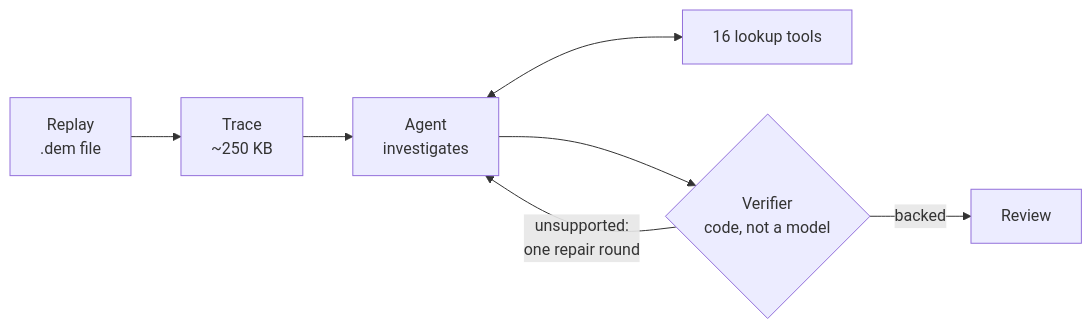
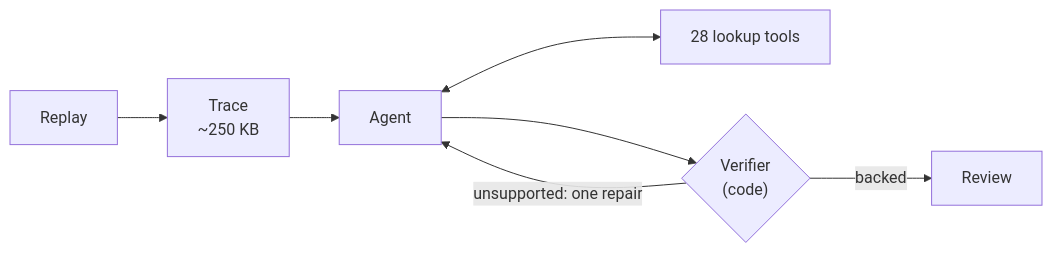
The diagram in README.md (qianhaoq/dota2.ai), drawn with Mermaid before and after one commit. The commit also changed other lines of this file and 7 other files, not shown here.

````diff
--- a/README.md
+++ b/README.md
@@ -57,9 +101,9 @@
 ```mermaid
 flowchart LR
-    R["Replay<br/>.dem file"] --> T["Trace<br/>~250 KB"]
-    T --> A["Agent<br/>investigates"]
-    A <--> L["16 lookup tools"]
-    A --> V{"Verifier<br/>code, not a model"}
-    V -- "unsupported:<br/>one repair round" --> A
+    R["Replay"] --> T["Trace<br/>~250 KB"]
+    T --> A["Agent"]
+    A <--> L["28 lookup tools"]
+    A --> V{"Verifier<br/>(code)"}
+    V -- "unsupported: one repair" --> A
     V -- "backed" --> D["Review"]
 ```
````
